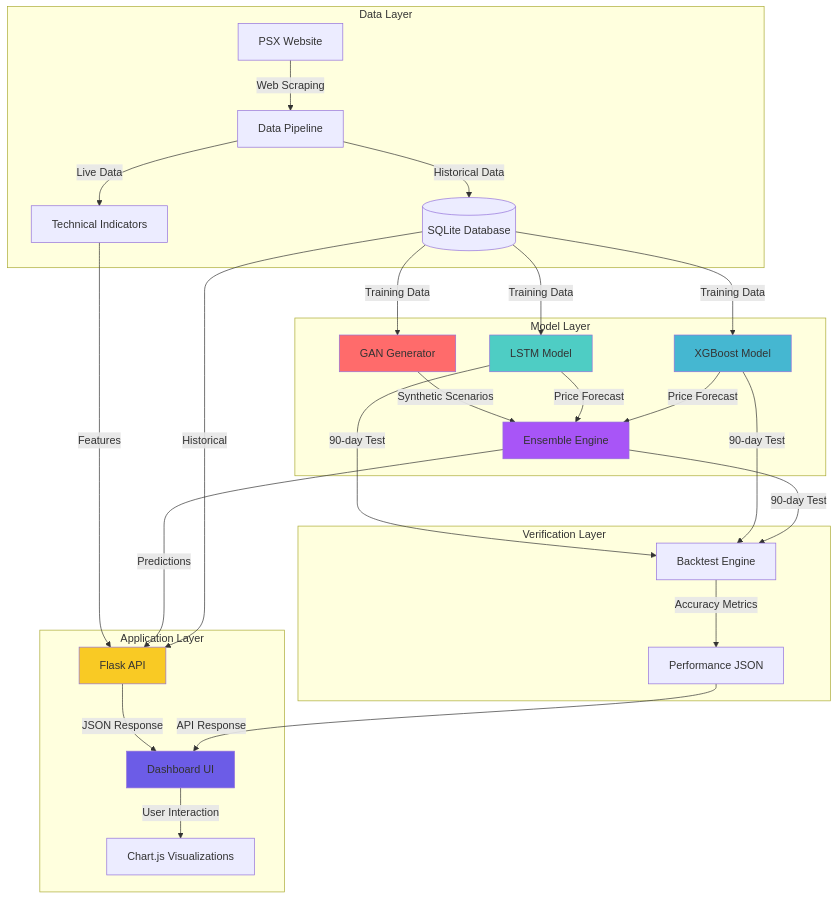
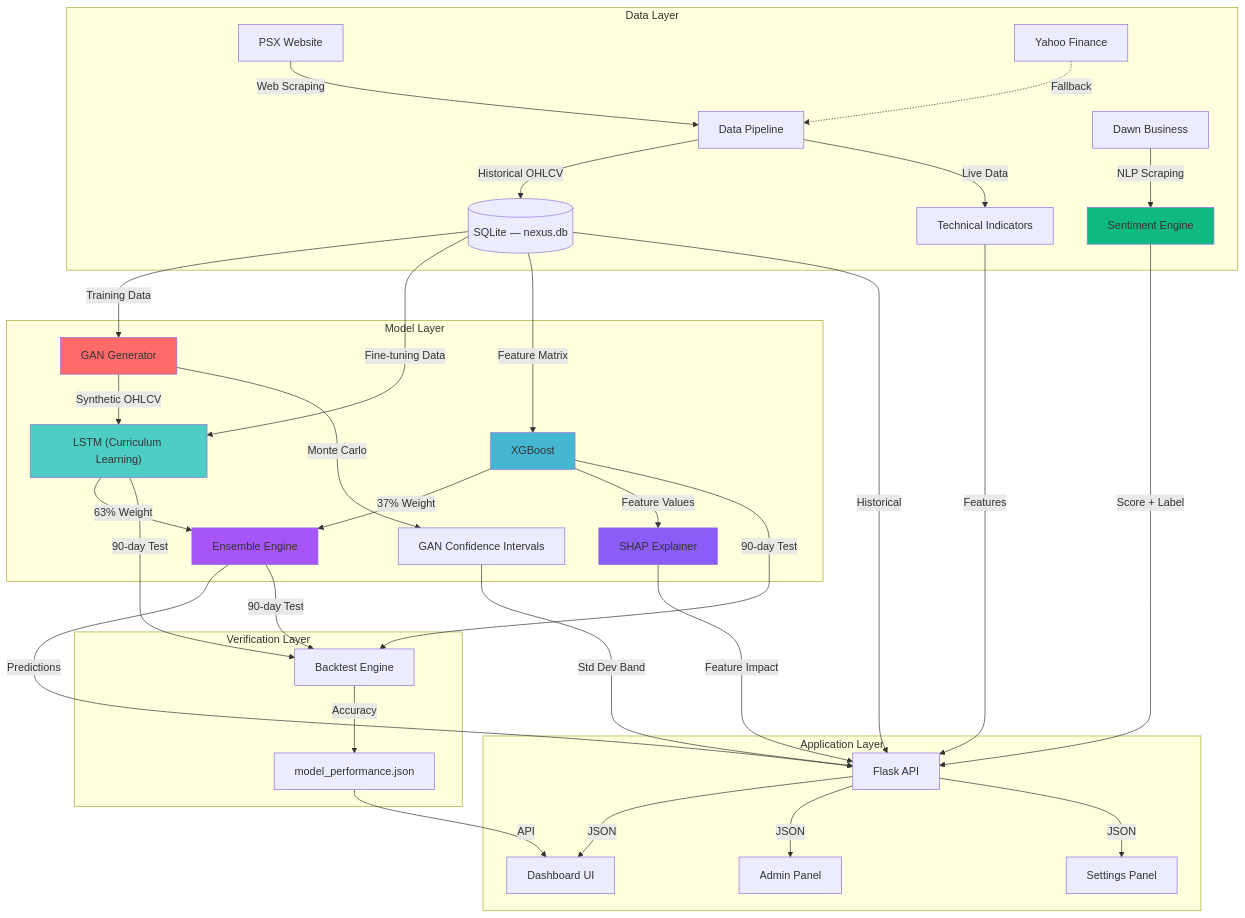
One commit to Surfing-Cipher/AI-MarketForecasting-Using-GAN-PSX-data changed the diagram in README.md. Above: the diagram before and after it, drawn with Mermaid. The commit also changed other lines of this file and 14 other files, not shown here.

Commit message:
Update extended gan data, retrain Gan with LSTm to get new updates weights and better results + finializing all the features

````diff
--- a/README.md
+++ b/README.md
@@ -27,42 +79,50 @@
 ```mermaid
 graph TB
     subgraph "Data Layer"
-        A[PSX Website] -->|Web Scraping| B[Data Pipeline]
-        B -->|Historical Data| C[(SQLite Database)]
-        B -->|Live Data| D[Technical Indicators]
+        A["PSX Website"] -->|"Web Scraping"| B["Data Pipeline"]
+        A2["Yahoo Finance"] -.->|"Fallback"| B
+        A3["Dawn Business"] -->|"NLP Scraping"| SENT["Sentiment Engine"]
+        B -->|"Historical OHLCV"| C[("SQLite — nexus.db")]
+        B -->|"Live Data"| D["Technical Indicators"]
     end
-    
+
     subgraph "Model Layer"
-        C -->|Training Data| E[GAN Generator]
-        C -->|Training Data| F[LSTM Model]
-        C -->|Training Data| G[XGBoost Model]
-        
-        E -->|Synthetic Scenarios| H[Ensemble Engine]
-        F -->|Price Forecast| H
-        G -->|Price Forecast| H
+        C -->|"Training Data"| E["GAN Generator"]
+        E -->|"Synthetic OHLCV"| F["LSTM (Curriculum Learning)"]
+        C -->|"Fine-tuning Data"| F
+        C -->|"Feature Matrix"| G["XGBoost"]
+
+        F -->|"63% Weight"| H["Ensemble Engine"]
+        G -->|"37% Weight"| H
+        E -->|"Monte Carlo"| CI["GAN Confidence Intervals"]
+        G -->|"Feature Values"| SHAP["SHAP Explainer"]
     end
-    
+
     subgraph "Application Layer"
-        D -->|Features| I[Flask API]
-        H -->|Predictions| I
-        C -->|Historical| I
-        
-        I -->|JSON Response| J[Dashboard UI]
-        J -->|User Interaction| K[Chart.js Visualizations]
+        D -->|"Features"| I["Flask API"]
+        H -->|"Predictions"| I
+        CI -->|"Std Dev Band"| I
+        SHAP -->|"Feature Impact"| I
+        SENT -->|"Score + Label"| I
+        C -->|"Historical"| I
+
+        I -->|"JSON"| J["Dashboard UI"]
+        I -->|"JSON"| ADMIN["Admin Panel"]
+        I -->|"JSON"| SETTINGS["Settings Panel"]
     end
-    
+
     subgraph "Verification Layer"
-        F -->|90-day Test| L[Backtest Engine]
-        G -->|90-day Test| L
-        H -->|90-day Test| L
-        L -->|Accuracy Metrics| M[Performance JSON]
-        M -->|API Response| J
+        F -->|"90-day Test"| L["Backtest Engine"]
+        G -->|"90-day Test"| L
+        H -->|"90-day Test"| L
+        L -->|"Accuracy"| M["model_performance.json"]
+        M -->|"API"| J
     end
-    
+
     style E fill:#ff6b6b
     style F fill:#4ecdc4
     style G fill:#45b7d1
     style H fill:#a855f7
-    style I fill:#f9ca24
-    style J fill:#6c5ce7
+    style SENT fill:#10b981
+    style SHAP fill:#8b5cf6
 ```
````
